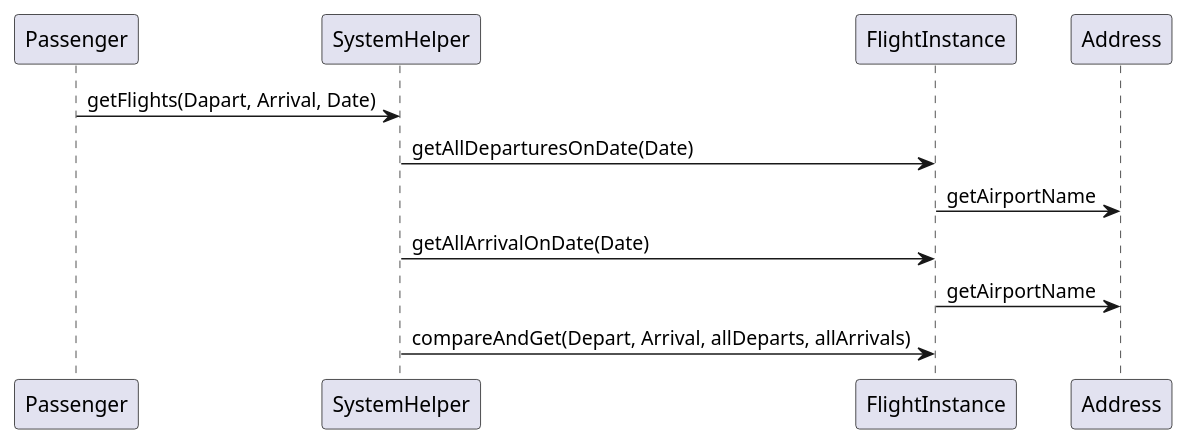
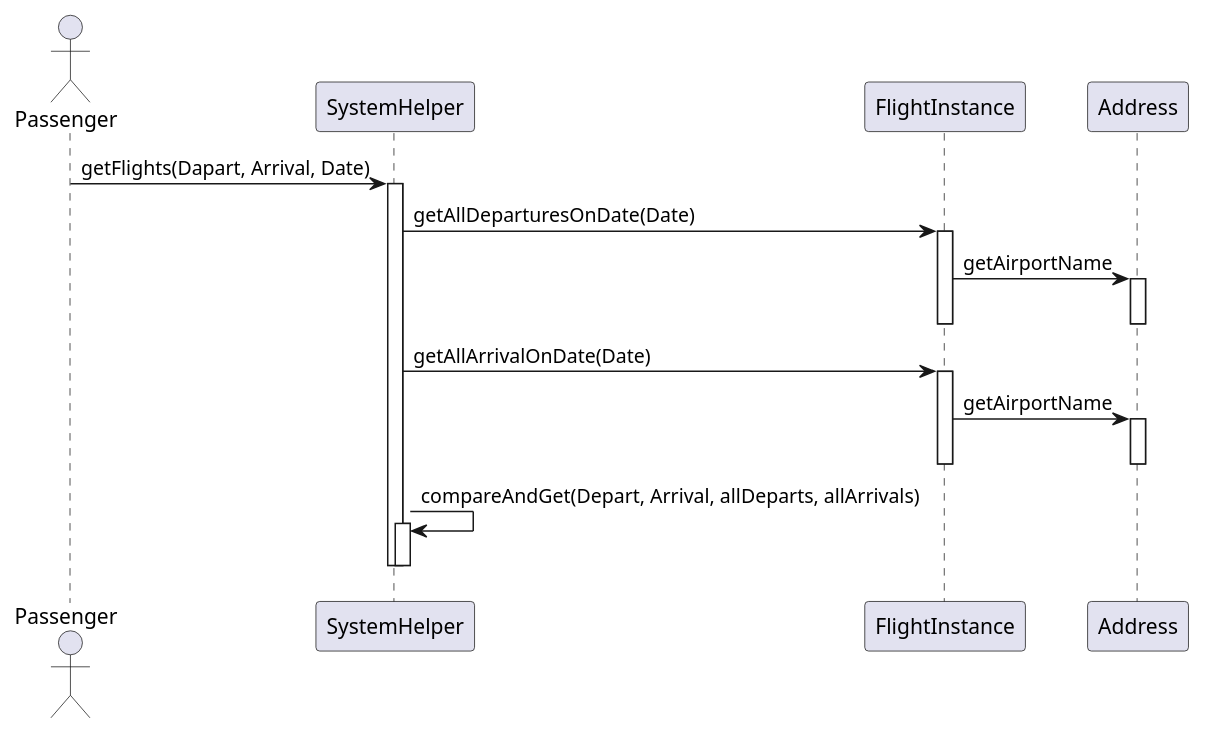
Before and after one commit to AlperenElbasan/FlightReservationSystem: the diagram in Diagrams/Sequence/Passenger/3_view_flights.puml, drawn with PlantUML. The commit also changed 5 other files, not shown here.

```diff
--- a/Diagrams/Sequence/Passenger/3_view_flights.puml
+++ b/Diagrams/Sequence/Passenger/3_view_flights.puml
@@ -1,10 +1,27 @@
-@startuml
+@startuml ViewFlights
+Actor Passenger
+
 
 Passenger -> SystemHelper : getFlights(Dapart, Arrival, Date)
+activate SystemHelper
 SystemHelper -> FlightInstance : getAllDeparturesOnDate(Date)
+activate FlightInstance
 FlightInstance -> Address : getAirportName
+activate Address
+deactivate
+deactivate
+
 SystemHelper -> FlightInstance : getAllArrivalOnDate(Date)
+activate FlightInstance
 FlightInstance -> Address : getAirportName
-SystemHelper -> FlightInstance : compareAndGet(Depart, Arrival, allDeparts, allArrivals)
+activate Address
+deactivate
+
+deactivate
+SystemHelper -> SystemHelper : compareAndGet(Depart, Arrival, allDeparts, allArrivals)
+activate SystemHelper
+deactivate
+deactivate
+
 
 @enduml
```
